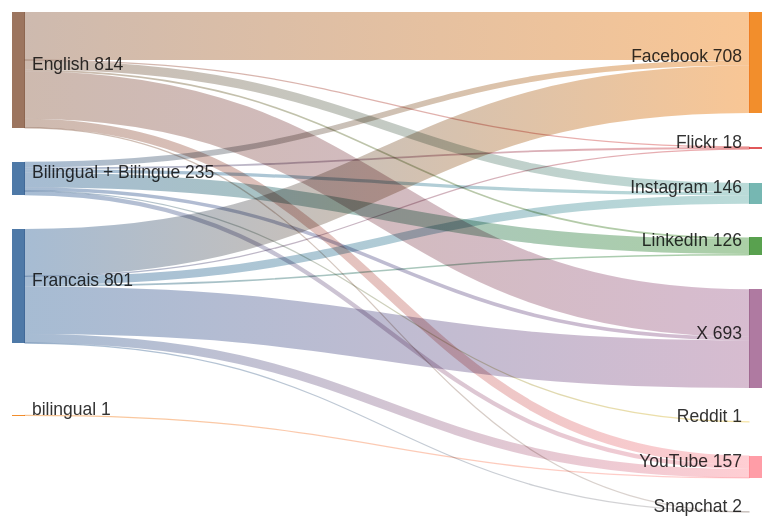
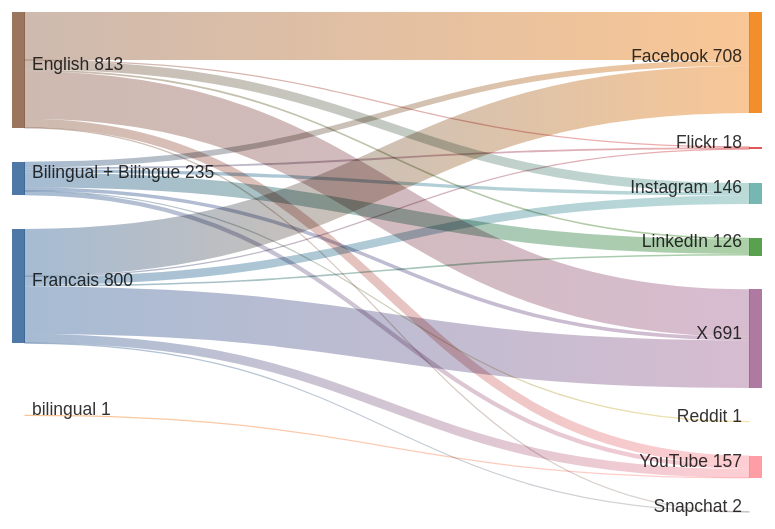
One commit to PatLittle/GC-Socials changed the diagram in sankey_diagram.md. Above: the diagram before and after it, drawn with Mermaid.

Commit message:
Update Sankey diagram for the most recent day

````diff
--- a/sankey_diagram.md
+++ b/sankey_diagram.md
@@ -1,25 +1,25 @@
 ```mermaid
 sankey-beta
   Bilingual + Bilingue,Facebook,40
   Bilingual + Bilingue,Flickr,13
   Bilingual + Bilingue,Instagram,23
   Bilingual + Bilingue,LinkedIn,103
   Bilingual + Bilingue,Reddit,1
   Bilingual + Bilingue,X,25
   Bilingual + Bilingue,YouTube,30
   English,Facebook,336
   English,Flickr,3
   English,Instagram,64
   English,LinkedIn,12
   English,Snapchat,1
-  English,X,334
+  English,X,333
   English,YouTube,64
   Francais,Facebook,332
   Francais,Flickr,2
   Francais,Instagram,59
   Francais,LinkedIn,11
   Francais,Snapchat,1
-  Francais,X,334
+  Francais,X,333
   Francais,YouTube,62
   bilingual,YouTube,1
 ```
````
